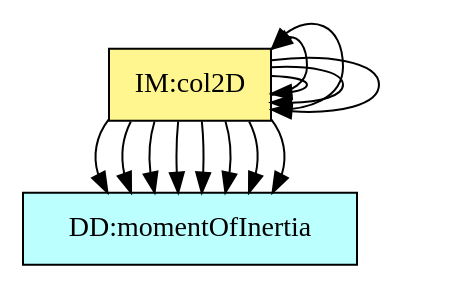
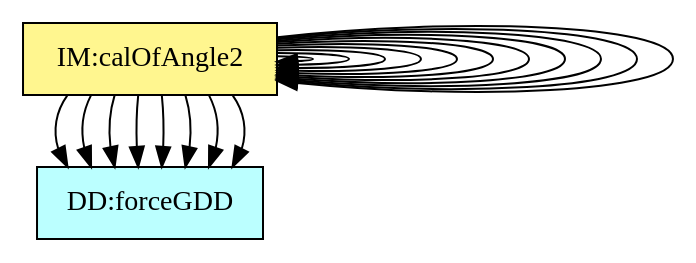
The diagram in code/TraceyGraph/refvsref.dot (JacquesCarette/Drasil), drawn with Graphviz before and after one commit. The commit also changed 1037 other files, not shown here.

```diff
--- a/code/TraceyGraph/refvsref.dot
+++ b/code/TraceyGraph/refvsref.dot
@@ -1,65 +1,71 @@
 digraph refvsref {
-	theory:gravitationalAccel -> theory:force;
-	theory:accj -> dataDefn:p_CM;
-	theory:accj -> dataDefn:linearDisplacement;
-	theory:accj -> dataDefn:linearVelocity;
-	theory:accj -> dataDefn:linearAcceleration;
-	theory:accj -> theory:newtonSL;
-	theory:accj -> theory:gravitationalAccel;
-	theory:angAccj -> dataDefn:angularDisplacement;
-	theory:angAccj -> dataDefn:angularVelocity;
-	theory:angAccj -> dataDefn:angularAcceleration;
-	theory:angAccj -> theory:newtonSLR;
-	theory:col2DIM -> dataDefn:p_CM;
-	theory:col2DIM -> theory:impulseS;
+	theory:v_x1 -> dataDefn:velocity;
+	theory:v_x1 -> dataDefn:p_x1;
+	theory:v_y1 -> dataDefn:velocity;
+	theory:v_y1 -> dataDefn:p_y1;
+	theory:v_x2 -> dataDefn:velocity;
+	theory:v_x2 -> dataDefn:p_x2;
+	theory:v_y2 -> dataDefn:velocity;
+	theory:v_y2 -> dataDefn:p_y2;
+	theory:angleIM1 -> theory:angleIM2;
+	theory:angleIM2 -> theory:a_x1;
+	theory:angleIM2 -> theory:a_y1;
+	theory:angleIM2 -> theory:a_x2;
+	theory:angleIM2 -> theory:a_y2;
+	theory:angleIM2 -> theory:xForce1;
+	theory:angleIM2 -> theory:yForce1;
+	theory:angleIM2 -> theory:xForce2;
+	theory:angleIM2 -> theory:yForce2;
+	theory:angleIM2 -> theory:angleIM1;
+	theory:angleIM2 -> theory:angleIM2;
 
 
-	dataDefn:p_CM	[shape=box, color=black, style=filled, fillcolor=paleturquoise1, label="DD:ctrOfMass"];
-	dataDefn:linearDisplacement	[shape=box, color=black, style=filled, fillcolor=paleturquoise1, label="DD:linDisp"];
-	dataDefn:linearVelocity	[shape=box, color=black, style=filled, fillcolor=paleturquoise1, label="DD:linVel"];
-	dataDefn:linearAcceleration	[shape=box, color=black, style=filled, fillcolor=paleturquoise1, label="DD:linAcc"];
-	dataDefn:angularDisplacement	[shape=box, color=black, style=filled, fillcolor=paleturquoise1, label="DD:angDisp"];
-	dataDefn:angularVelocity	[shape=box, color=black, style=filled, fillcolor=paleturquoise1, label="DD:angVel"];
-	dataDefn:angularAcceleration	[shape=box, color=black, style=filled, fillcolor=paleturquoise1, label="DD:angAccel"];
-	dataDefn:velocityB	[shape=box, color=black, style=filled, fillcolor=paleturquoise1, label="DD:chaslesThm"];
-	dataDefn:torque	[shape=box, color=black, style=filled, fillcolor=paleturquoise1, label="DD:torque"];
-	dataDefn:kEnergy	[shape=box, color=black, style=filled, fillcolor=paleturquoise1, label="DD:kEnergy"];
-	dataDefn:restitutionCoef	[shape=box, color=black, style=filled, fillcolor=paleturquoise1, label="DD:coeffRestitution"];
-	dataDefn:v_iAB	[shape=box, color=black, style=filled, fillcolor=paleturquoise1, label="DD:reVeInColl"];
-	dataDefn:impulseV	[shape=box, color=black, style=filled, fillcolor=paleturquoise1, label="DD:impulseV"];
-	dataDefn:potEnergy	[shape=box, color=black, style=filled, fillcolor=paleturquoise1, label="DD:potEnergy"];
-	dataDefn:momentOfInertia	[shape=box, color=black, style=filled, fillcolor=paleturquoise1, label="DD:momentOfInertia"];
+	dataDefn:velocity	[shape=box, color=black, style=filled, fillcolor=paleturquoise1, label="DD:positionGDD"];
+	dataDefn:p_x1	[shape=box, color=black, style=filled, fillcolor=paleturquoise1, label="DD:positionXDD1"];
+	dataDefn:p_y1	[shape=box, color=black, style=filled, fillcolor=paleturquoise1, label="DD:positionYDD1"];
+	dataDefn:p_x2	[shape=box, color=black, style=filled, fillcolor=paleturquoise1, label="DD:positionXDD2"];
+	dataDefn:p_y2	[shape=box, color=black, style=filled, fillcolor=paleturquoise1, label="DD:positionYDD2"];
+	dataDefn:acceleration	[shape=box, color=black, style=filled, fillcolor=paleturquoise1, label="DD:accelerationGDD"];
+	dataDefn:force	[shape=box, color=black, style=filled, fillcolor=paleturquoise1, label="DD:forceGDD"];
 
 	subgraph DD {
 	rank="same"
-	{dataDefn:p_CM, dataDefn:linearDisplacement, dataDefn:linearVelocity, dataDefn:linearAcceleration, dataDefn:angularDisplacement, dataDefn:angularVelocity, dataDefn:angularAcceleration, dataDefn:velocityB, dataDefn:torque, dataDefn:kEnergy, dataDefn:restitutionCoef, dataDefn:v_iAB, dataDefn:impulseV, dataDefn:potEnergy, dataDefn:momentOfInertia}
+	{dataDefn:velocity, dataDefn:p_x1, dataDefn:p_y1, dataDefn:p_x2, dataDefn:p_y2, dataDefn:acceleration, dataDefn:force}
 	}
 
+	theory:accelerationTM	[shape=box, color=black, style=filled, fillcolor=pink, label="TM:acceleration"];
+	theory:velocityTM	[shape=box, color=black, style=filled, fillcolor=pink, label="TM:velocity"];
 	theory:newtonSL	[shape=box, color=black, style=filled, fillcolor=pink, label="TM:NewtonSecLawMot"];
-	theory:force1	[shape=box, color=black, style=filled, fillcolor=pink, label="TM:NewtonThirdLawMot"];
-	theory:force	[shape=box, color=black, style=filled, fillcolor=pink, label="TM:UniversalGravLaw"];
-	theory:newtonSLR	[shape=box, color=black, style=filled, fillcolor=pink, label="TM:NewtonSecLawRotMot"];
 
 	subgraph TM {
 	rank="same"
-	{theory:newtonSL, theory:force1, theory:force, theory:newtonSLR}
+	{theory:accelerationTM, theory:velocityTM, theory:newtonSL}
 	}
 
-	theory:gravitationalAccel	[shape=box, color=black, style=filled, fillcolor=palegreen, label="GD:accelGravity"];
-	theory:impulseS	[shape=box, color=black, style=filled, fillcolor=palegreen, label="GD:impulse"];
+	theory:v_x1	[shape=box, color=black, style=filled, fillcolor=palegreen, label="GD:velocityX1"];
+	theory:v_y1	[shape=box, color=black, style=filled, fillcolor=palegreen, label="GD:velocityY1"];
+	theory:v_x2	[shape=box, color=black, style=filled, fillcolor=palegreen, label="GD:velocityX2"];
+	theory:v_y2	[shape=box, color=black, style=filled, fillcolor=palegreen, label="GD:velocityY2"];
+	theory:a_x1	[shape=box, color=black, style=filled, fillcolor=palegreen, label="GD:accelerationX1"];
+	theory:a_y1	[shape=box, color=black, style=filled, fillcolor=palegreen, label="GD:accelerationY1"];
+	theory:a_x2	[shape=box, color=black, style=filled, fillcolor=palegreen, label="GD:accelerationX2"];
+	theory:a_y2	[shape=box, color=black, style=filled, fillcolor=palegreen, label="GD:accelerationY2"];
+	theory:xForce1	[shape=box, color=black, style=filled, fillcolor=palegreen, label="GD:xForce1"];
+	theory:yForce1	[shape=box, color=black, style=filled, fillcolor=palegreen, label="GD:yForce1"];
+	theory:xForce2	[shape=box, color=black, style=filled, fillcolor=palegreen, label="GD:xForce2"];
+	theory:yForce2	[shape=box, color=black, style=filled, fillcolor=palegreen, label="GD:yForce2"];
 
 	subgraph GD {
 	rank="same"
-	{theory:gravitationalAccel, theory:impulseS}
+	{theory:v_x1, theory:v_y1, theory:v_x2, theory:v_y2, theory:a_x1, theory:a_y1, theory:a_x2, theory:a_y2, theory:xForce1, theory:yForce1, theory:xForce2, theory:yForce2}
 	}
 
-	theory:accj	[shape=box, color=black, style=filled, fillcolor=khaki1, label="IM:transMot"];
-	theory:angAccj	[shape=box, color=black, style=filled, fillcolor=khaki1, label="IM:rotMot"];
-	theory:col2DIM	[shape=box, color=black, style=filled, fillcolor=khaki1, label="IM:col2D"];
+	theory:angleIM1	[shape=box, color=black, style=filled, fillcolor=khaki1, label="IM:calOfAngle1"];
+	theory:angleIM2	[shape=box, color=black, style=filled, fillcolor=khaki1, label="IM:calOfAngle2"];
 
 	subgraph IM {
 	rank="same"
-	{theory:accj, theory:angAccj, theory:col2DIM}
+	{theory:angleIM1, theory:angleIM2}
 	}
 
 }
```
